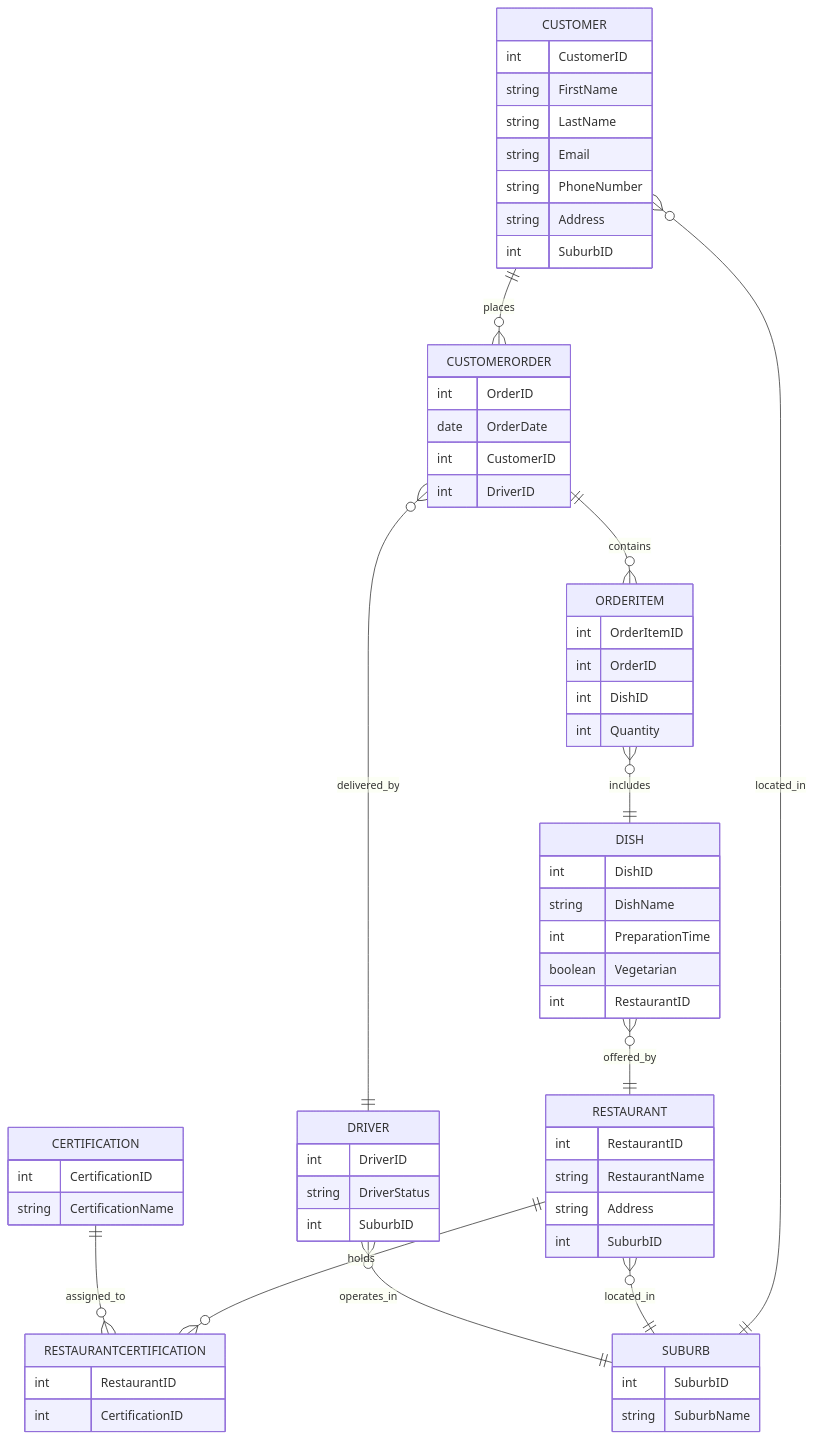
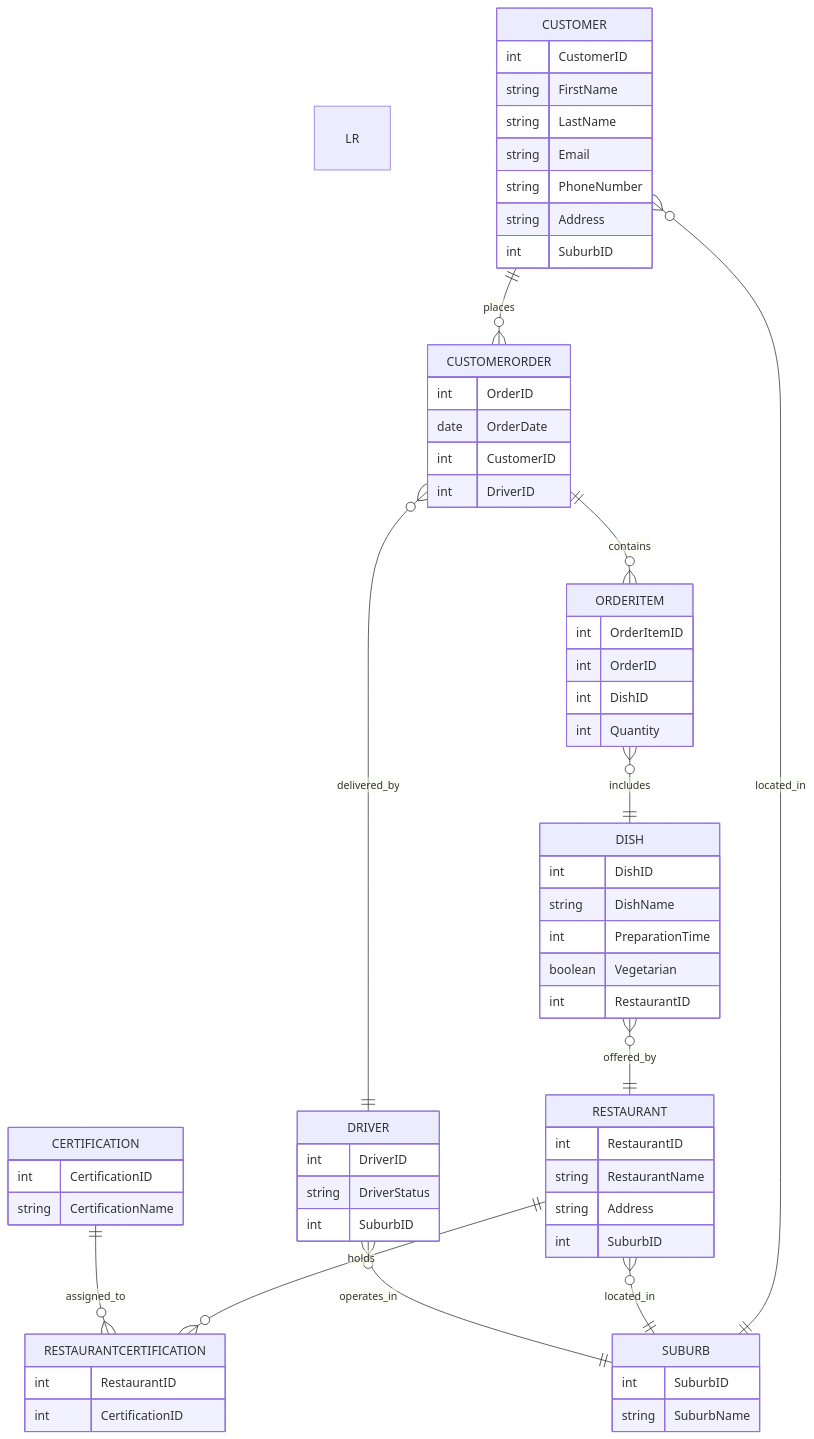
Before and after one commit to NosrevytsNg/Relational-Design-SQL-Implementation-Food-Delivery-Database-System: the second of 2 diagrams in README.md, drawn with Mermaid.

Commit message:
Update ER Diagram

````diff
--- a/README.md
+++ b/README.md
@@ -67,76 +67,76 @@
 ```mermaid
-erDiagram
+erDiagram LR
 
 CUSTOMER {
     int CustomerID
     string FirstName
     string LastName
     string Email
     string PhoneNumber
     string Address
     int SuburbID
 }
 
 SUBURB {
     int SuburbID
     string SuburbName
 }
 
 RESTAURANT {
     int RestaurantID
     string RestaurantName
     string Address
     int SuburbID
 }
 
 DISH {
     int DishID
     string DishName
     int PreparationTime
     boolean Vegetarian
     int RestaurantID
 }
 
 DRIVER {
     int DriverID
     string DriverStatus
     int SuburbID
 }
 
 CUSTOMERORDER {
     int OrderID
     date OrderDate
     int CustomerID
     int DriverID
 }
 
 ORDERITEM {
     int OrderItemID
     int OrderID
     int DishID
     int Quantity
 }
 
 CERTIFICATION {
     int CertificationID
     string CertificationName
 }
 
 RESTAURANTCERTIFICATION {
     int RestaurantID
     int CertificationID
 }
 
 CUSTOMER ||--o{ CUSTOMERORDER : places
 CUSTOMERORDER ||--o{ ORDERITEM : contains
 ORDERITEM }o--|| DISH : includes
 DISH }o--|| RESTAURANT : offered_by
 CUSTOMERORDER }o--|| DRIVER : delivered_by
 
 RESTAURANT ||--o{ RESTAURANTCERTIFICATION : holds
 CERTIFICATION ||--o{ RESTAURANTCERTIFICATION : assigned_to
 
 CUSTOMER }o--|| SUBURB : located_in
 RESTAURANT }o--|| SUBURB : located_in
 DRIVER }o--|| SUBURB : operates_in
 ```
````
